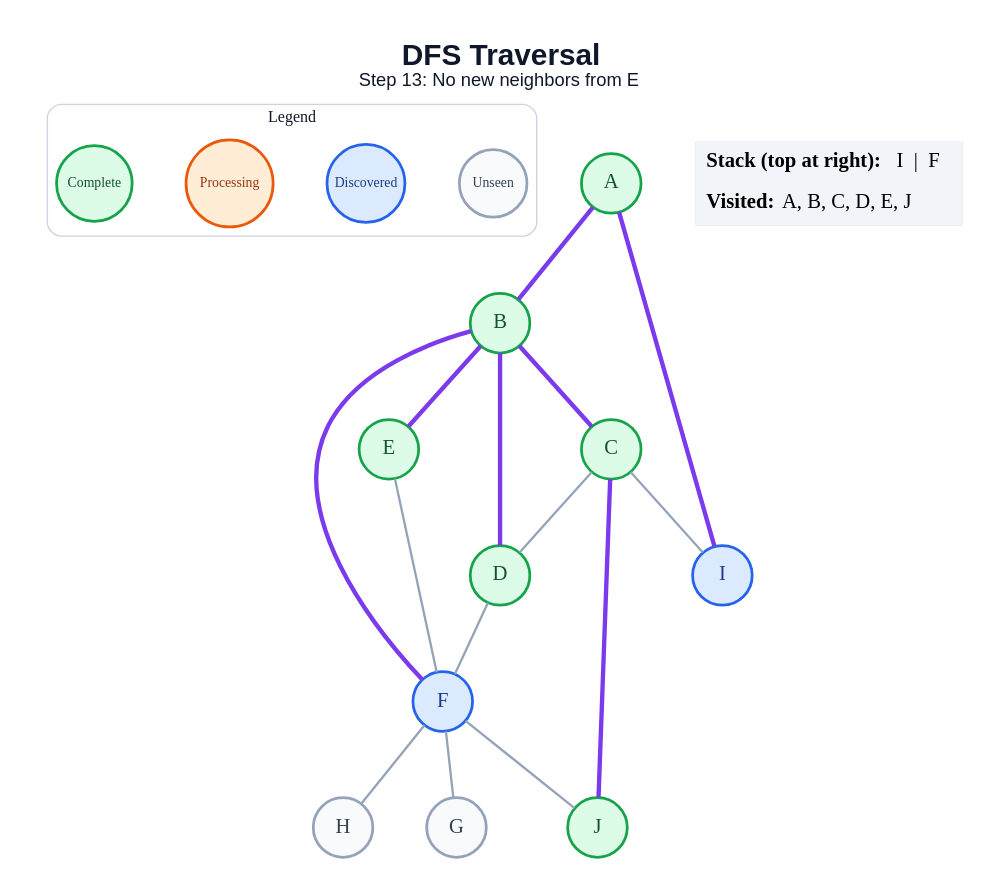
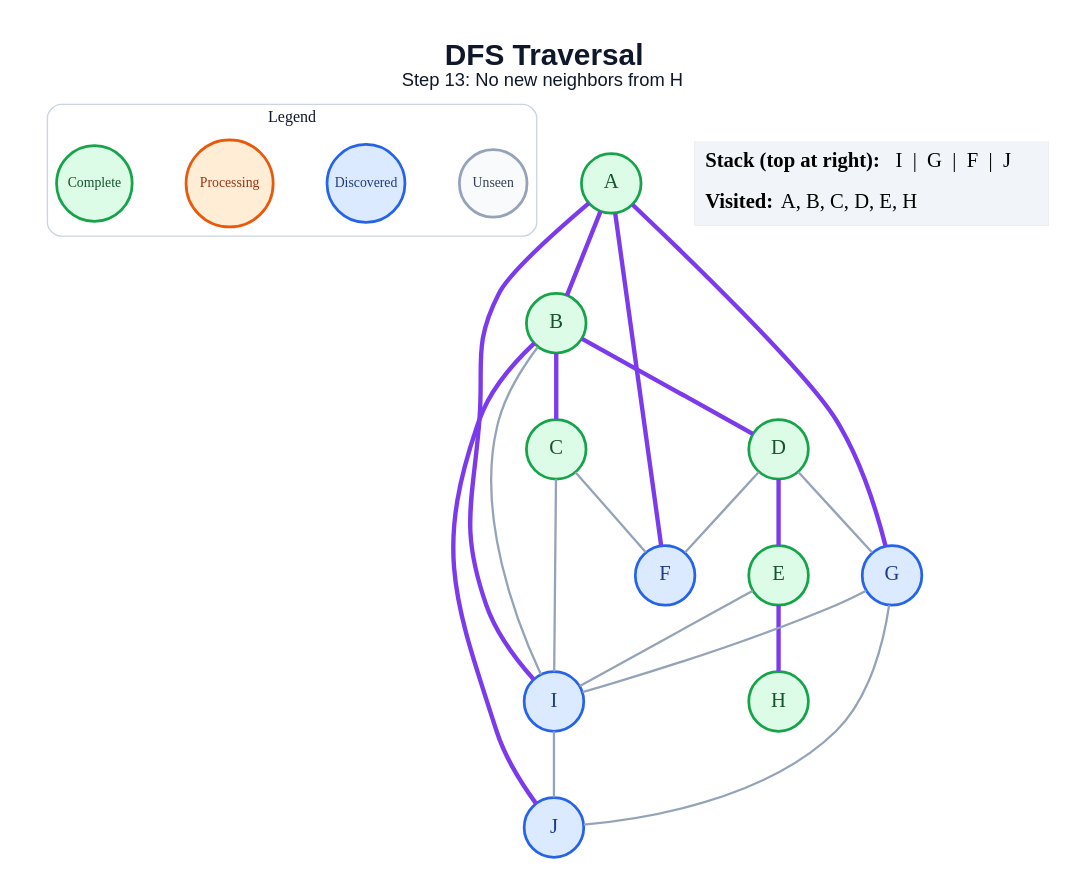
Before and after one commit to anon7238593-create/ai-slop: the diagram in generated/dfs/step_13.dot, drawn with Graphviz. The commit also changed 178 other files, not shown here.

```diff
--- a/generated/dfs/step_13.dot
+++ b/generated/dfs/step_13.dot
@@ -1,43 +1,47 @@
 graph traversal {
   graph [layout=dot, rankdir=TB, bgcolor="#FFFFFF", pad="0.35", nodesep="0.65", ranksep="0.8", fontname="Arial"];
   node [shape=circle, style="filled", fontname="Arial Bold", fontsize=18, width=0.72, fixedsize=true, penwidth=2.4];
   edge [color="#94A3B8", penwidth=2.0];
-  label=<<B>DFS Traversal</B><BR/><FONT POINT-SIZE="16">Step 13: No new neighbors from E</FONT>>; labelloc="t"; fontsize=26; fontname="Arial"; fontcolor="#0F172A";
+  label=<<B>DFS Traversal</B><BR/><FONT POINT-SIZE="16">Step 13: No new neighbors from H</FONT>>; labelloc="t"; fontsize=26; fontname="Arial"; fontcolor="#0F172A";
   subgraph cluster_legend { label="Legend"; color="#CBD5E1"; penwidth=1.2; style="rounded"; fontsize=14; fontname="Arial Bold";
     key_unseen [label="Unseen", fillcolor="#F8FAFC", color="#94A3B8", fontcolor="#334155", fontsize=12, width=0.82];
     key_frontier [label="Discovered", fillcolor="#DBEAFE", color="#2563EB", fontcolor="#1E3A8A", fontsize=12, width=0.95];
     key_current [label="Processing", fillcolor="#FFEDD5", color="#EA580C", fontcolor="#9A3412", fontsize=12, width=1.05];
     key_done [label="Complete", fillcolor="#DCFCE7", color="#16A34A", fontcolor="#14532D", fontsize=12, width=0.92];
     { rank=same; key_unseen; key_frontier; key_current; key_done; }
   }
   A [fillcolor="#DCFCE7", color="#16A34A", fontcolor="#14532D"];
   B [fillcolor="#DCFCE7", color="#16A34A", fontcolor="#14532D"];
   C [fillcolor="#DCFCE7", color="#16A34A", fontcolor="#14532D"];
   D [fillcolor="#DCFCE7", color="#16A34A", fontcolor="#14532D"];
   E [fillcolor="#DCFCE7", color="#16A34A", fontcolor="#14532D"];
   F [fillcolor="#DBEAFE", color="#2563EB", fontcolor="#1E3A8A"];
-  G [fillcolor="#F8FAFC", color="#94A3B8", fontcolor="#334155"];
-  H [fillcolor="#F8FAFC", color="#94A3B8", fontcolor="#334155"];
+  G [fillcolor="#DBEAFE", color="#2563EB", fontcolor="#1E3A8A"];
+  H [fillcolor="#DCFCE7", color="#16A34A", fontcolor="#14532D"];
   I [fillcolor="#DBEAFE", color="#2563EB", fontcolor="#1E3A8A"];
-  J [fillcolor="#DCFCE7", color="#16A34A", fontcolor="#14532D"];
+  J [fillcolor="#DBEAFE", color="#2563EB", fontcolor="#1E3A8A"];
   A -- B [color="#7C3AED", penwidth=3.8];
+  A -- F [color="#7C3AED", penwidth=3.8];
+  A -- G [color="#7C3AED", penwidth=3.8];
   A -- I [color="#7C3AED", penwidth=3.8];
   B -- C [color="#7C3AED", penwidth=3.8];
   B -- D [color="#7C3AED", penwidth=3.8];
-  B -- E [color="#7C3AED", penwidth=3.8];
-  B -- F [color="#7C3AED", penwidth=3.8];
-  C -- D;
+  B -- I;
+  B -- J [color="#7C3AED", penwidth=3.8];
+  C -- F;
   C -- I;
-  C -- J [color="#7C3AED", penwidth=3.8];
+  D -- E [color="#7C3AED", penwidth=3.8];
   D -- F;
-  E -- F;
-  F -- G;
-  F -- H;
-  F -- J;
+  D -- G;
+  E -- H [color="#7C3AED", penwidth=3.8];
+  E -- I;
+  G -- I;
+  G -- J;
+  I -- J;
   status [shape=plain, fixedsize=false, width=0, height=0, margin=0, label=<
     <TABLE BORDER="0" CELLBORDER="0" CELLPADDING="7" BGCOLOR="#F1F5F9">
-      <TR><TD ALIGN="LEFT"><B>Stack (top at right):</B> I  |  F</TD></TR>
-      <TR><TD ALIGN="LEFT"><B>Visited:</B> A, B, C, D, E, J</TD></TR>
+      <TR><TD ALIGN="LEFT"><B>Stack (top at right):</B> I  |  G  |  F  |  J</TD></TR>
+      <TR><TD ALIGN="LEFT"><B>Visited:</B> A, B, C, D, E, H</TD></TR>
     </TABLE>
   >];
 }
```
